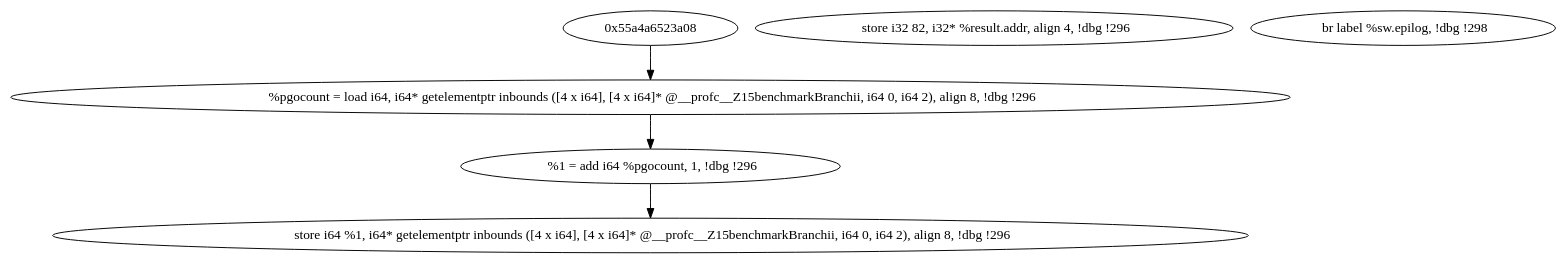
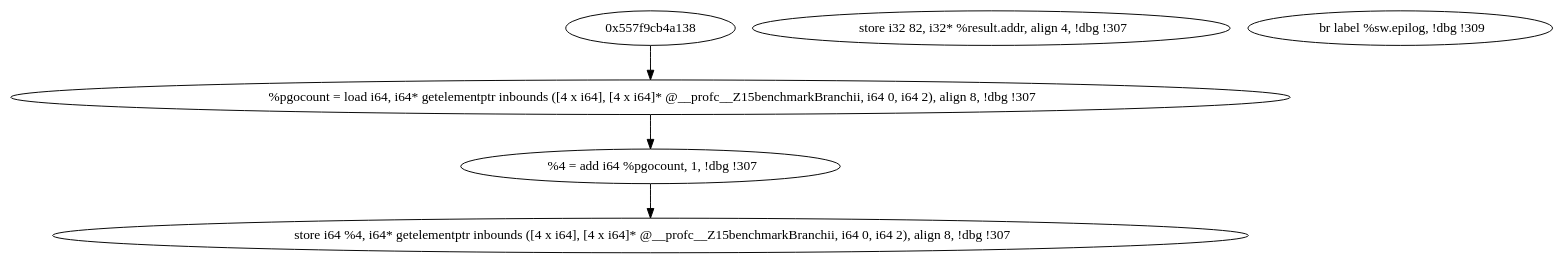
One commit to rudrajyotiroy/mirrormaze changed the diagram in benchmarks/correctness/_Z15benchmarkBranchii_ddg_sw.bb.dot. Above: the diagram before and after it, drawn with Graphviz. The commit also changed 17 other files, not shown here.

```diff
--- a/benchmarks/correctness/_Z15benchmarkBranchii_ddg_sw.bb.dot
+++ b/benchmarks/correctness/_Z15benchmarkBranchii_ddg_sw.bb.dot
@@ -1,10 +1,10 @@
 digraph DDG {
-  "0x55a4a6511510" [label="  %pgocount = load i64, i64* getelementptr inbounds ([4 x i64], [4 x i64]* @__profc__Z15benchmarkBranchii, i64 0, i64 2), align 8, !dbg !296"];
-  "0x55a4a65115d0" [label="  %1 = add i64 %pgocount, 1, !dbg !296"];
-  "0x55a4a6511660" [label="  store i64 %1, i64* getelementptr inbounds ([4 x i64], [4 x i64]* @__profc__Z15benchmarkBranchii, i64 0, i64 2), align 8, !dbg !296"];
-  "0x55a4a65116f0" [label="  store i32 82, i32* %result.addr, align 4, !dbg !296"];
-  "0x55a4a6511760" [label="  br label %sw.epilog, !dbg !298"];
-  "0x55a4a6511510" -> "0x55a4a65115d0";
-  "0x55a4a65115d0" -> "0x55a4a6511660";
-  "0x55a4a6523a08" -> "0x55a4a6511510";
+  "0x557f9cb4d820" [label="  %pgocount = load i64, i64* getelementptr inbounds ([4 x i64], [4 x i64]* @__profc__Z15benchmarkBranchii, i64 0, i64 2), align 8, !dbg !307"];
+  "0x557f9cb4d8e0" [label="  %4 = add i64 %pgocount, 1, !dbg !307"];
+  "0x557f9cb4d970" [label="  store i64 %4, i64* getelementptr inbounds ([4 x i64], [4 x i64]* @__profc__Z15benchmarkBranchii, i64 0, i64 2), align 8, !dbg !307"];
+  "0x557f9cb4da00" [label="  store i32 82, i32* %result.addr, align 4, !dbg !307"];
+  "0x557f9cb4da70" [label="  br label %sw.epilog, !dbg !309"];
+  "0x557f9cb4a138" -> "0x557f9cb4d820";
+  "0x557f9cb4d820" -> "0x557f9cb4d8e0";
+  "0x557f9cb4d8e0" -> "0x557f9cb4d970";
 }
```
